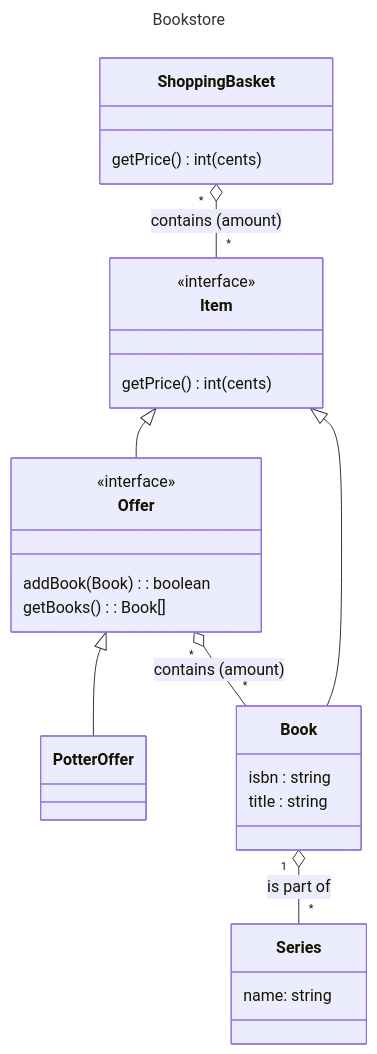
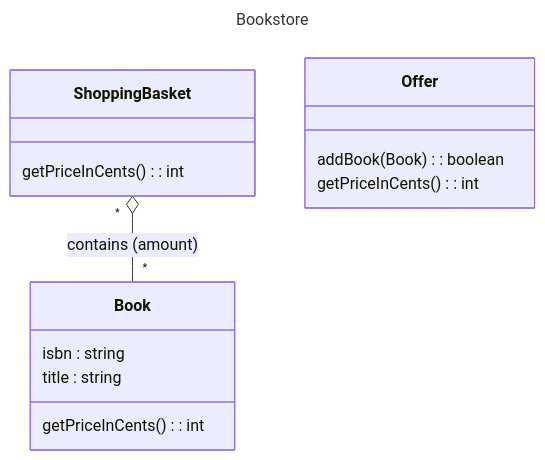
One commit to fkellner/potter-kata changed the diagram in README.md. Above: the diagram before and after it, drawn with Mermaid. The commit also changed 5 other files, not shown here.

````diff
--- a/README.md
+++ b/README.md
@@ -18,39 +18,23 @@
 ```mermaid
 ---
 title: Bookstore
 ---
 classDiagram
   class ShoppingBasket {
-    getPrice() : int (cents)
+    getPriceInCents() : int
   }
 
-  class Item {
-    <<interface>>
-    getPrice() : int (cents)
-  }
-  ShoppingBasket "*" o-- "*" Item : contains (amount)
-
-  class Offer {
-    <<interface>>
-    addBook(Book) : boolean
-    getBooks() : Book[]
-  }
-  Item <|-- Offer
-
-  class PotterOffer {
-  }
-  Offer <|-- PotterOffer
-  
   class Book {
     isbn : string
     title : string
+    getPriceInCents() : int
   }
-  Item <|-- Book
-  Offer "*" o-- "*" Book : contains (amount)
-  
-  class Series {
-    name: string
+  ShoppingBasket "*" o-- "*" Book : contains (amount)
+
+  class Offer {
+    addBook(Book) : boolean
+    getPriceInCents() : int
   }
-  Book "1" o-- "*" Series : is part of
+
   
 ```
````
